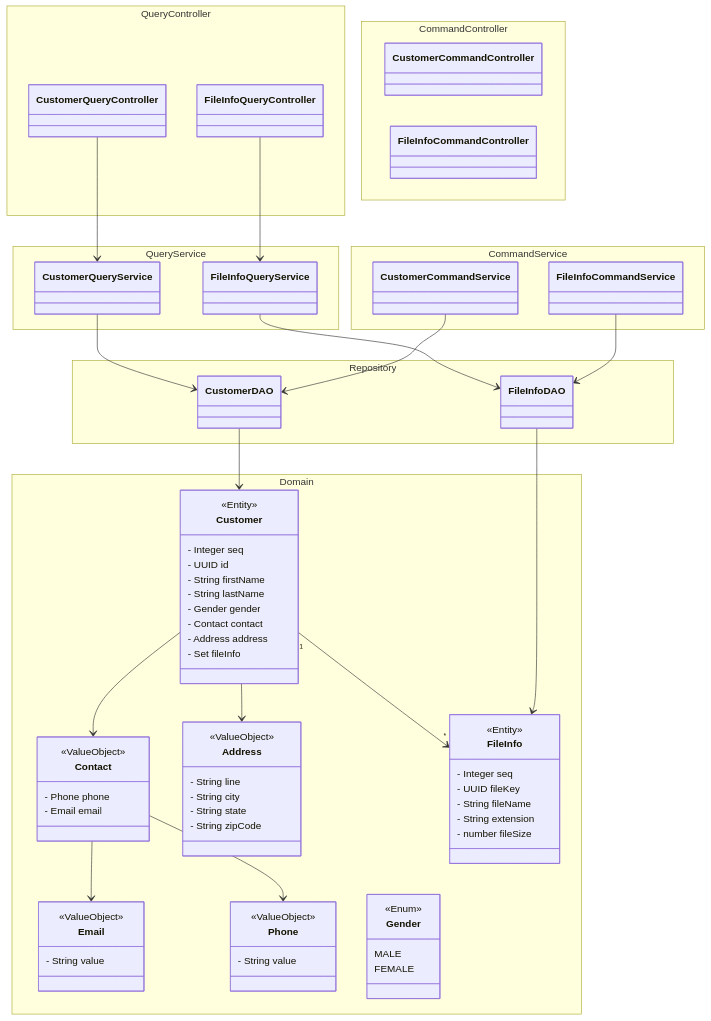
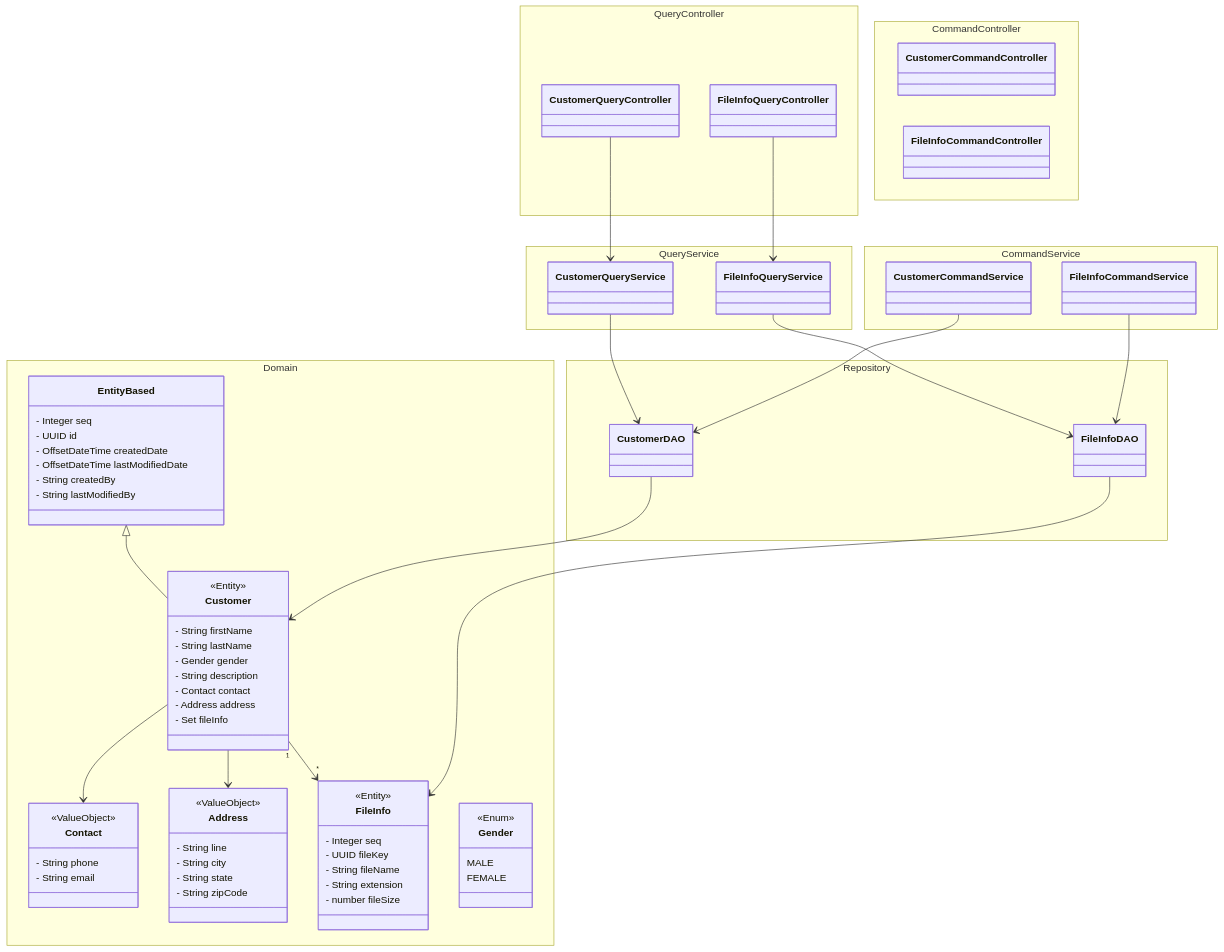
Before and after one commit to DBunthai/mini-integration: the diagram in services/zdesign/CustomerService/CustomerService - ClassDiagram.mmd, drawn with Mermaid. The commit also changed 1 other file, not shown here.

Commit message:
modify class diagram

```diff
--- a/services/zdesign/CustomerService/CustomerService - ClassDiagram.mmd
+++ b/services/zdesign/CustomerService/CustomerService - ClassDiagram.mmd
@@ -1,98 +1,96 @@
 classDiagram
+    EntityBased <|-- Customer 
     Customer --> Contact
     Customer --> Address
     Customer "1" --> "*" FileInfo
-    
-    Contact --> Email
-    Contact --> Phone
     
     CustomerDAO --> Customer
     FileInfoDAO --> FileInfo
 
     CustomerQueryService --> CustomerDAO
     FileInfoQueryService --> FileInfoDAO
 
     CustomerCommandService --> CustomerDAO
     FileInfoCommandService --> FileInfoDAO    
 
     CustomerQueryController --> CustomerQueryService
     FileInfoQueryController --> FileInfoQueryService
 
     namespace Domain {
     
+        class EntityBased {
+            - Integer seq
+            - UUID id
+            - OffsetDateTime createdDate
+            - OffsetDateTime lastModifiedDate
+            - String createdBy
+            - String lastModifiedBy
+        }
+
         class Customer {
             <<Entity>>
-            - Integer seq
-            - UUID id
+
             - String firstName
             - String lastName
             - Gender gender
+            - String description
             - Contact contact
             - Address address
             - Set<FileInfo> fileInfo
         }
 
         class Contact {
             <<ValueObject>>
-            - Phone phone
-            - Email email
+            - String phone
+            - String email
         }
 
-        class Phone {
-            <<ValueObject>>
-            - String value
-        }
-
-        class Email {
-            <<ValueObject>>
-            - String value
-        }
 
         class Address {
             <<ValueObject>>
             - String line
             - String city
             - String state
             - String zipCode
         }    
 
         class Gender {
             <<Enum>>
             MALE
             FEMALE
         }
 
         class FileInfo {
             <<Entity>>
             - Integer seq
             - UUID fileKey
             - String fileName
             - String extension
             - number fileSize
         }
     }
 
     namespace Repository {
             class CustomerDAO { }
             class FileInfoDAO { }
     }
 
     namespace QueryService {
             class CustomerQueryService { }
             class FileInfoQueryService { }
     }
 
     namespace CommandService {
             class CustomerCommandService { }
             class FileInfoCommandService { }
     }
 
     namespace QueryController {
             class CustomerQueryController { }
             class FileInfoQueryController { }
     }
 
     namespace CommandController {
             class CustomerCommandController { }
             class FileInfoCommandController { }
     }
```
